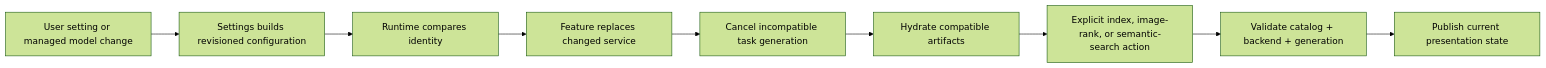
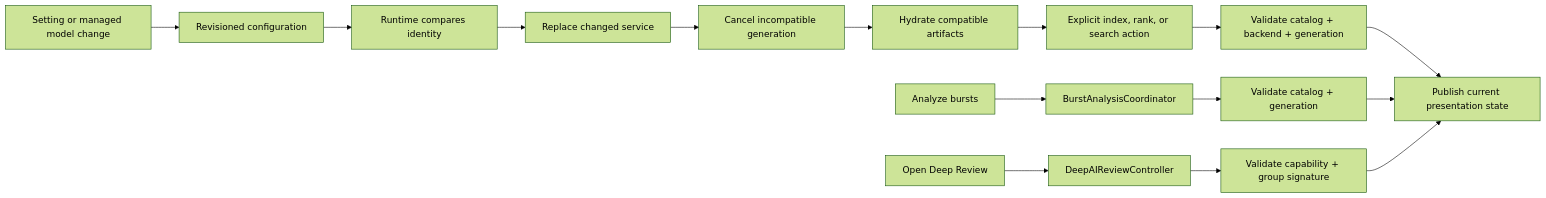
Before and after one commit to rsyncOSX/TechDocRawcull: the seventh of 7 diagrams in content/en/docs/modularaiintegration.md, drawn with Mermaid (forest theme). The commit also changed other lines of this file, not shown here.

````diff
--- a/content/en/docs/modularaiintegration.md
+++ b/content/en/docs/modularaiintegration.md
@@ -499,11 +592,20 @@
 ```mermaid
 flowchart LR
-    Choice["User setting or managed model change"] --> Settings["Settings builds revisioned configuration"]
+    Choice["Setting or managed model change"] --> Settings["Revisioned configuration"]
     Settings --> Runtime["Runtime compares identity"]
-    Runtime --> Feature["Feature replaces changed service"]
-    Feature --> Cancel["Cancel incompatible task generation"]
+    Runtime --> Feature["Replace changed service"]
+    Feature --> Cancel["Cancel incompatible generation"]
     Cancel --> Hydrate["Hydrate compatible artifacts"]
-    Hydrate --> Action["Explicit index, image-rank, or semantic-search action"]
+    Hydrate --> Action["Explicit index, rank, or search action"]
+
+    BurstAction["Analyze bursts"] --> Burst["BurstAnalysisCoordinator"]
+    Burst --> BurstCheck["Validate catalog + generation"]
+
+    ReviewAction["Open Deep Review"] --> Review["DeepAIReviewController"]
+    Review --> ReviewCheck["Validate capability + group signature"]
+
     Action --> Validate["Validate catalog + backend + generation"]
     Validate --> UI["Publish current presentation state"]
+    BurstCheck --> UI
+    ReviewCheck --> UI
 ```
````
